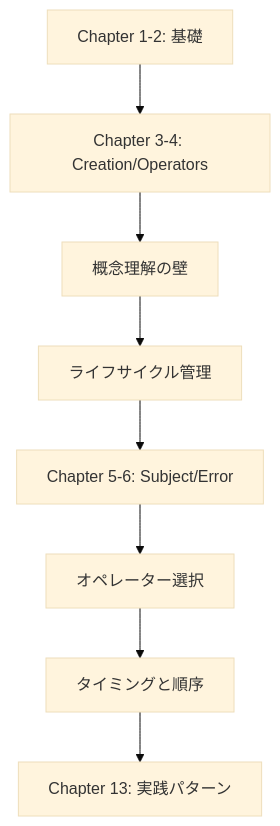
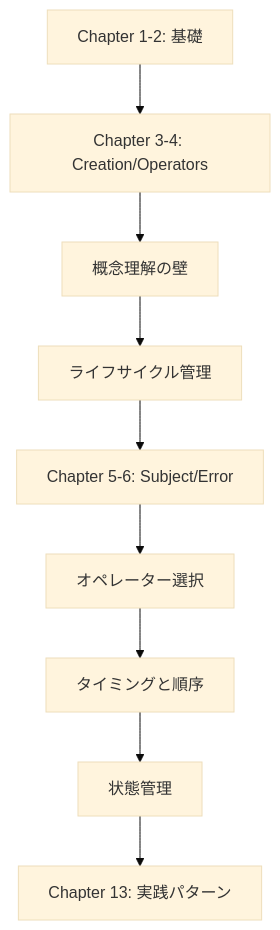
The first of 3 diagrams in docs/guide/overcoming-difficulties/index.md (shuji-bonji/RxJS-with-TypeScript), drawn with Mermaid (base theme) before and after one commit. The commit also changed other lines of this file and 4 other files, not shown here.

````diff
--- a/docs/guide/overcoming-difficulties/index.md
+++ b/docs/guide/overcoming-difficulties/index.md
@@ -111,10 +112,11 @@
 ```mermaid
 graph TD
     A[Chapter 1-2: 基礎] --> B[Chapter 3-4: Creation/Operators]
     B --> C[概念理解の壁]
     C --> D[ライフサイクル管理]
     D --> E[Chapter 5-6: Subject/Error]
     E --> F[オペレーター選択]
     F --> G[タイミングと順序]
-    G --> H[Chapter 13: 実践パターン]
+    G --> H[状態管理]
+    H --> I[Chapter 13: 実践パターン]
 ```
````
